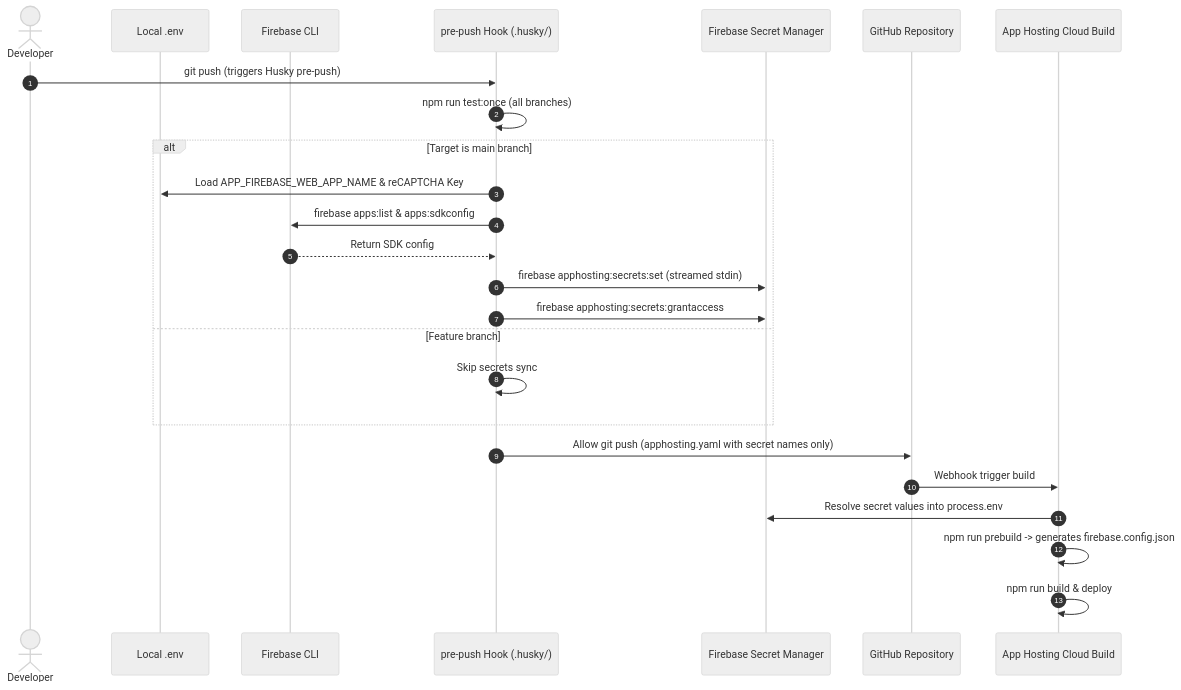
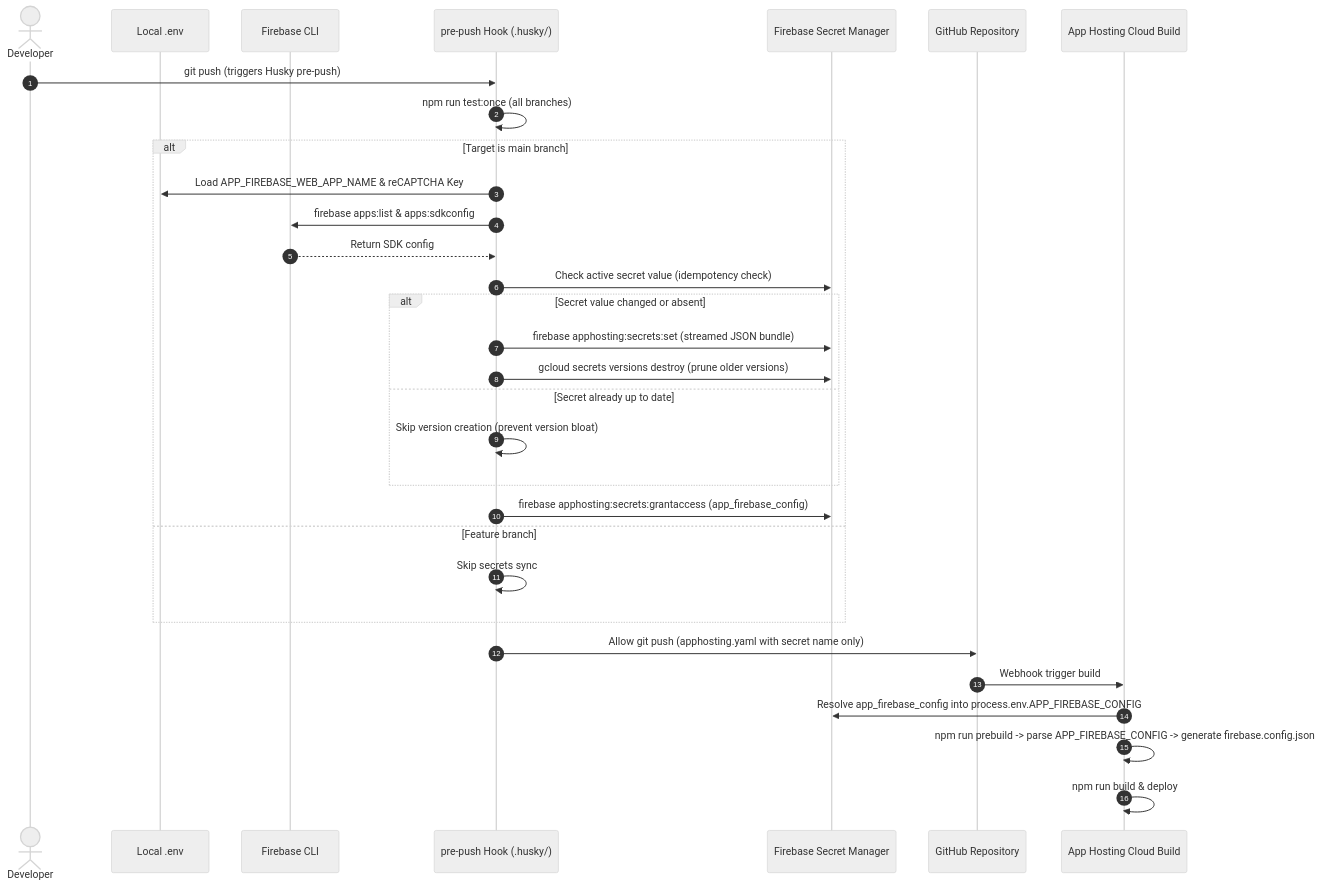
The diagram in docs/adr/0007-app-hosting-secret-management-strategy.md (railsstudent/ng-firebase-tts), drawn with Mermaid (neutral theme) before and after one commit. The commit also changed other lines of this file and 9 other files, not shown here.

Commit message:
fix: bundle 7 secret keys to 1 secret key to stay in free tier

````diff
--- a/docs/adr/0007-app-hosting-secret-management-strategy.md
+++ b/docs/adr/0007-app-hosting-secret-management-strategy.md
@@ -88,28 +94,34 @@
 ```mermaid
 sequenceDiagram
     autonumber
     actor Dev as Developer
     participant Env as Local .env
     participant CLI as Firebase CLI
     participant Hook as pre-push Hook (.husky/)
     participant Cloud as Firebase Secret Manager
     participant GitHub as GitHub Repository
     participant Host as App Hosting Cloud Build
 
     Dev->>Hook: git push (triggers Husky pre-push)
     Hook->>Hook: npm run test:once (all branches)
     alt Target is main branch
         Hook->>Env: Load APP_FIREBASE_WEB_APP_NAME & reCAPTCHA Key
         Hook->>CLI: firebase apps:list & apps:sdkconfig
         CLI-->>Hook: Return SDK config
-        Hook->>Cloud: firebase apphosting:secrets:set (streamed stdin)
-        Hook->>Cloud: firebase apphosting:secrets:grantaccess
+        Hook->>Cloud: Check active secret value (idempotency check)
+        alt Secret value changed or absent
+            Hook->>Cloud: firebase apphosting:secrets:set (streamed JSON bundle)
+            Hook->>Cloud: gcloud secrets versions destroy (prune older versions)
+        else Secret already up to date
+            Hook->>Hook: Skip version creation (prevent version bloat)
+        end
+        Hook->>Cloud: firebase apphosting:secrets:grantaccess (app_firebase_config)
     else Feature branch
         Hook->>Hook: Skip secrets sync
     end
-    Hook->>GitHub: Allow git push (apphosting.yaml with secret names only)
+    Hook->>GitHub: Allow git push (apphosting.yaml with secret name only)
     GitHub->>Host: Webhook trigger build
-    Host->>Cloud: Resolve secret values into process.env
-    Host->>Host: npm run prebuild -> generates firebase.config.json
+    Host->>Cloud: Resolve app_firebase_config into process.env.APP_FIREBASE_CONFIG
+    Host->>Host: npm run prebuild -> parse APP_FIREBASE_CONFIG -> generate firebase.config.json
     Host->>Host: npm run build & deploy
 ```
````
